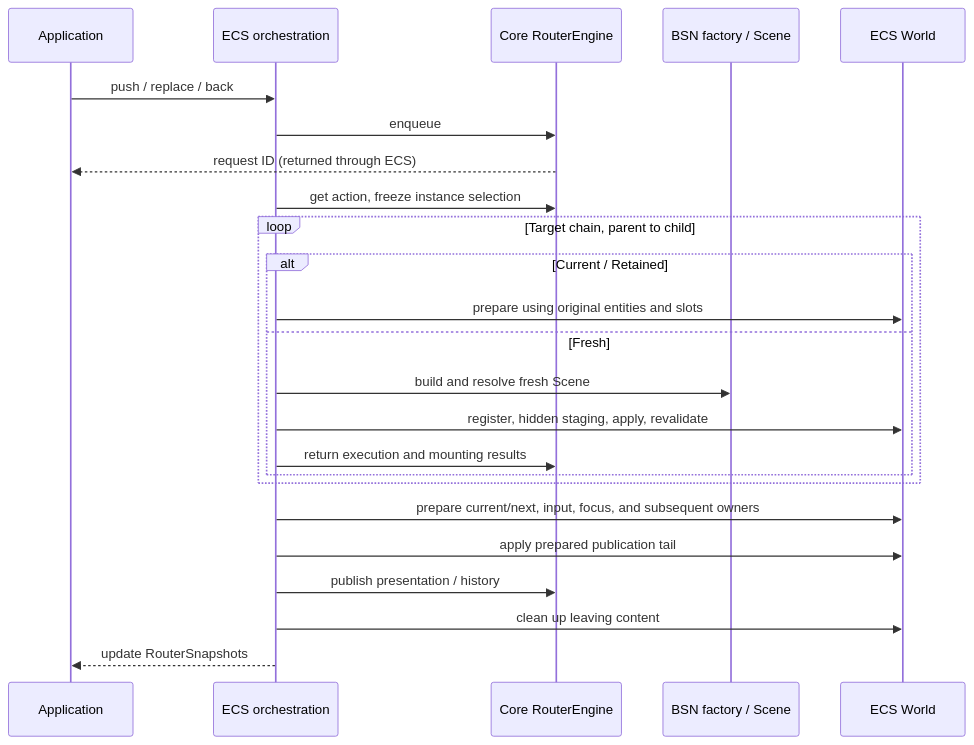
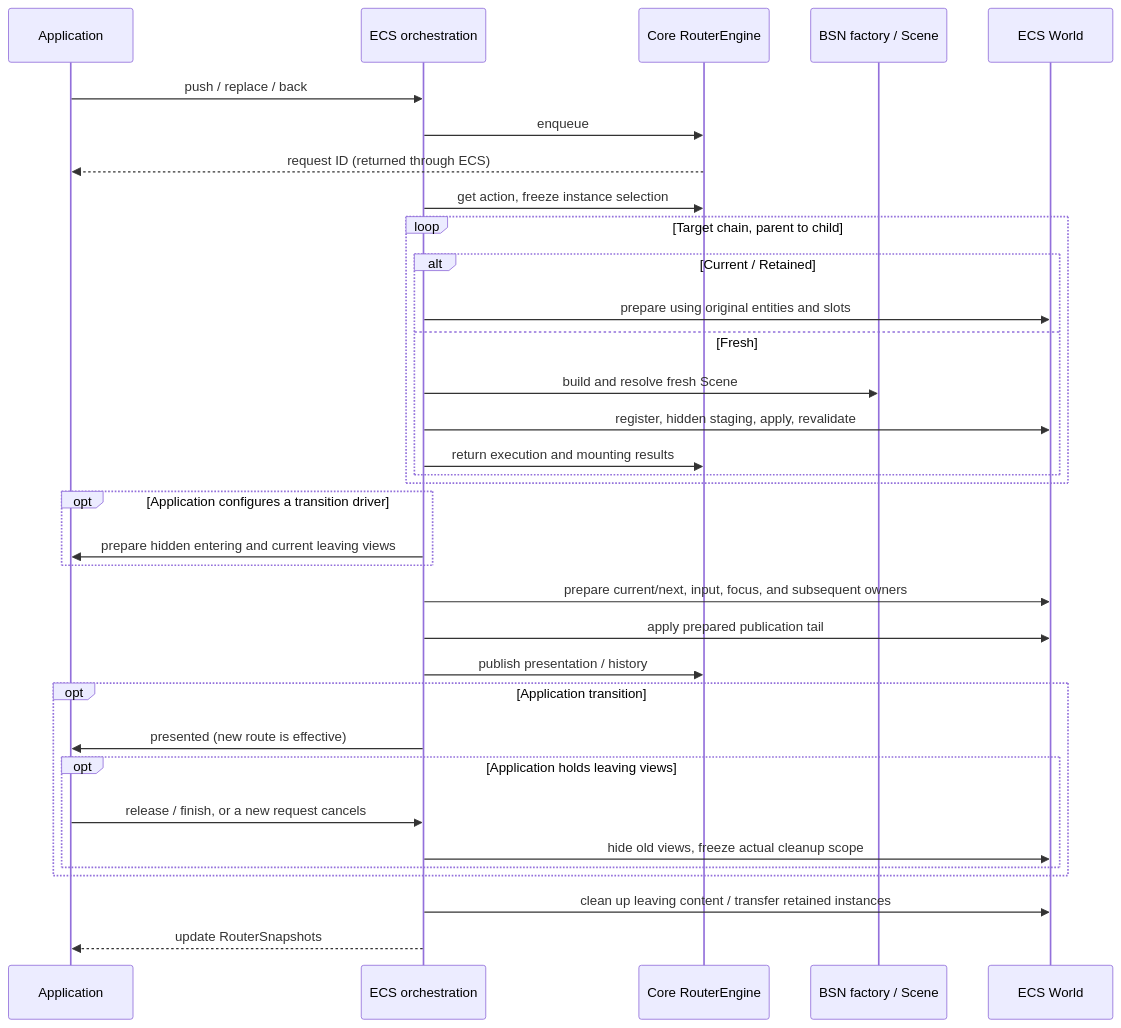
The second of 3 diagrams in docs/architecture/runtime.en.md (shengyusi-SYS/bevy_ui_router), drawn with Mermaid before and after one commit. The commit also changed other lines of this file and 28 other files, not shown here.

````diff
--- a/docs/architecture/runtime.en.md
+++ b/docs/architecture/runtime.en.md
@@ -38,26 +38,36 @@
 ```mermaid
 sequenceDiagram
     participant App as Application
     participant Nav as ECS orchestration
     participant Core as Core RouterEngine
     participant Scene as BSN factory / Scene
     participant World as ECS World
     App->>Nav: push / replace / back
     Nav->>Core: enqueue
     Core-->>App: request ID (returned through ECS)
     Nav->>Core: get action, freeze instance selection
     loop Target chain, parent to child
         alt Current / Retained
             Nav->>World: prepare using original entities and slots
         else Fresh
             Nav->>Scene: build and resolve fresh Scene
             Nav->>World: register, hidden staging, apply, revalidate
             Nav->>Core: return execution and mounting results
         end
     end
+    opt Application configures a transition driver
+        Nav->>App: prepare hidden entering and current leaving views
+    end
     Nav->>World: prepare current/next, input, focus, and subsequent owners
     Nav->>World: apply prepared publication tail
     Nav->>Core: publish presentation / history
-    Nav->>World: clean up leaving content
+    opt Application transition
+        Nav->>App: presented (new route is effective)
+        opt Application holds leaving views
+            App->>Nav: release / finish, or a new request cancels
+            Nav->>World: hide old views, freeze actual cleanup scope
+        end
+    end
+    Nav->>World: clean up leaving content / transfer retained instances
     Nav-->>App: update RouterSnapshots
 ```
````
